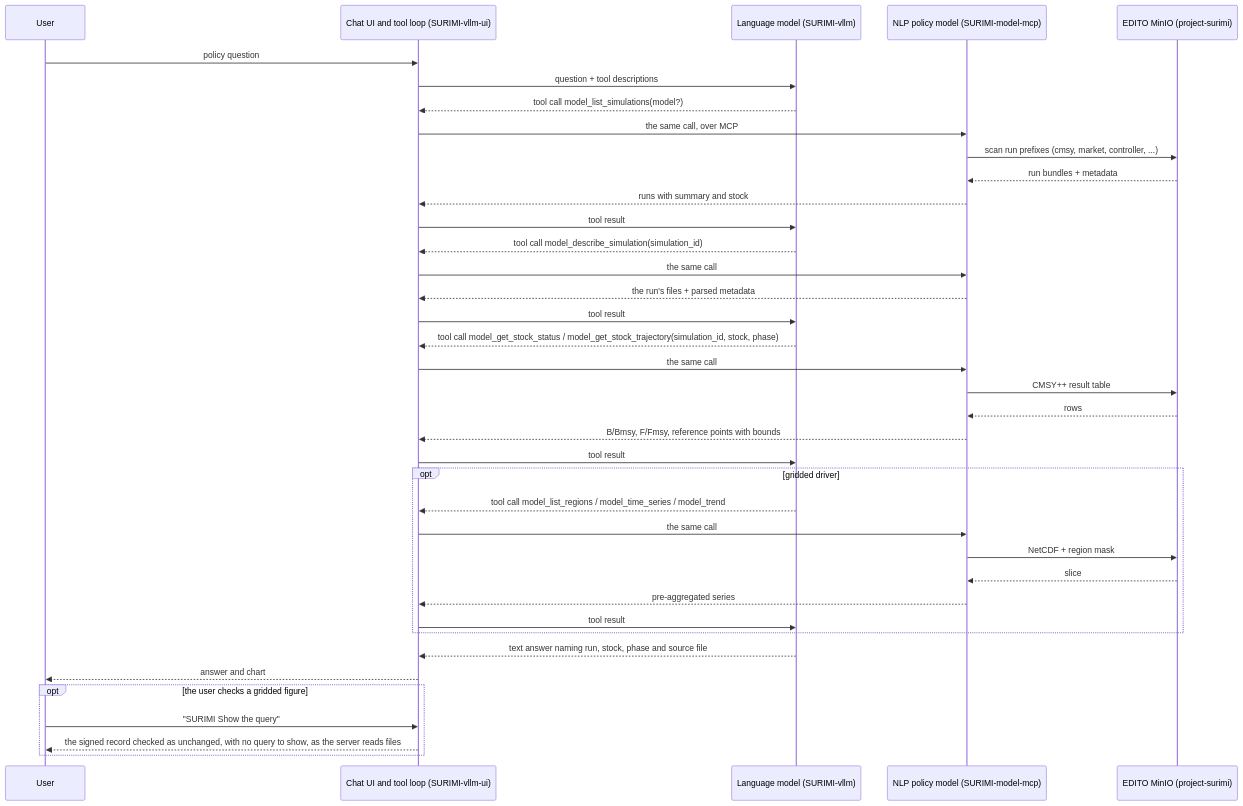
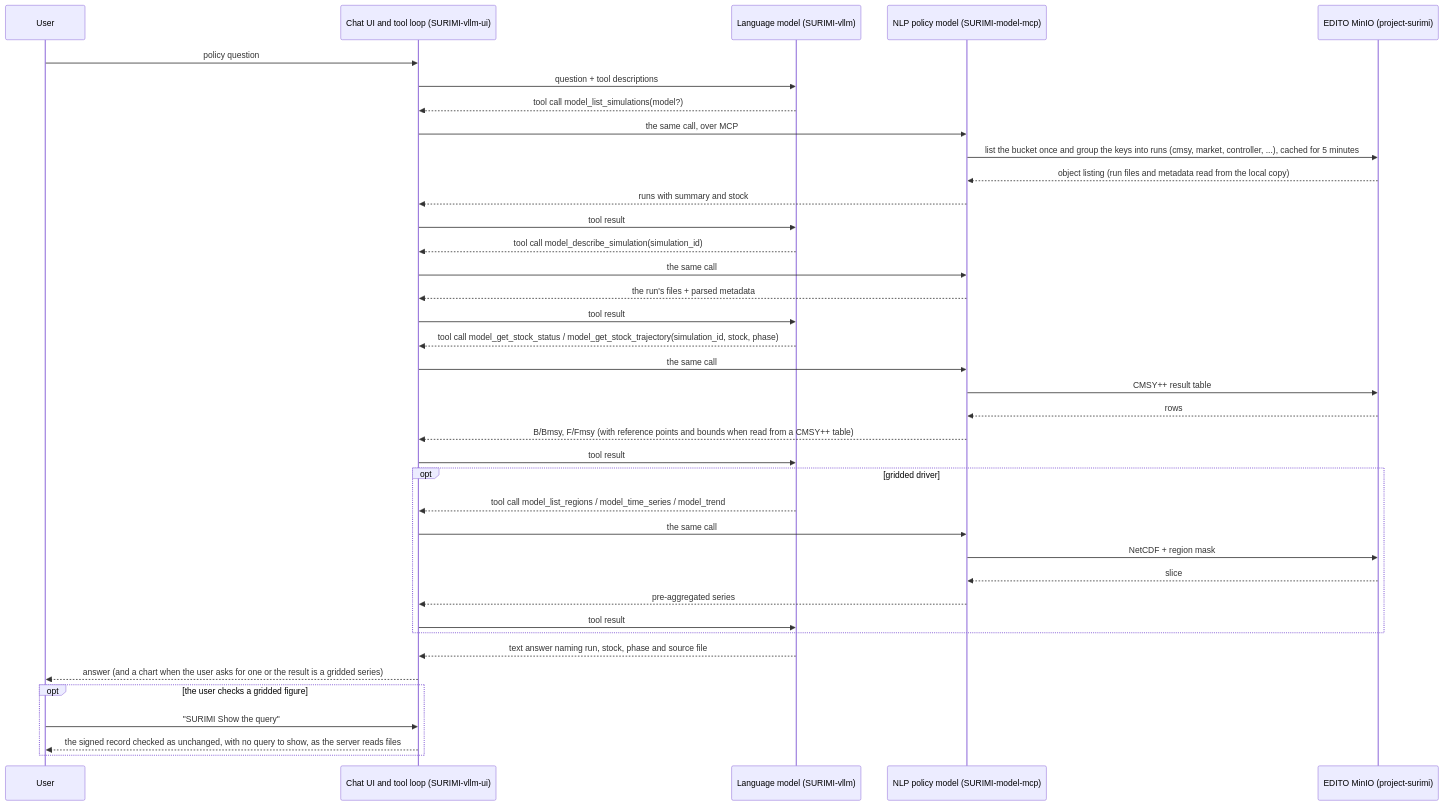
Before and after one commit to SURIMI-Project/SURIMI-project: the diagram in deliverables/D3.9 - NLP policy model/D3.9 - NLP policy model.md, drawn with Mermaid. The commit also changed other lines of this file and 3 other files, not shown here.

Commit message:
D3.7, D3.9: statements corrected against the code and the evaluation; numbers as re-graded on 2 October 2026; Figure 2 and Figure 3 up to date

````diff
--- a/deliverables/D3.9 - NLP policy model/D3.9 - NLP policy model.md
+++ b/deliverables/D3.9 - NLP policy model/D3.9 - NLP policy model.md
@@ -68,41 +68,41 @@
 ```mermaid
 sequenceDiagram
     participant User as User
     participant UI as Chat UI and tool loop (SURIMI-vllm-ui)
     participant LLM as Language model (SURIMI-vllm)
     participant MODEL as NLP policy model (SURIMI-model-mcp)
     participant S3 as EDITO MinIO (project-surimi)
 
     User ->> UI: policy question
     UI ->> LLM: question + tool descriptions
     LLM -->> UI: tool call model_list_simulations(model?)
     UI ->> MODEL: the same call, over MCP
-    MODEL ->> S3: scan run prefixes (cmsy, market, controller, ...)
-    S3 -->> MODEL: run bundles + metadata
+    MODEL ->> S3: list the bucket once and group the keys into runs (cmsy, market, controller, ...), cached for 5 minutes
+    S3 -->> MODEL: object listing (run files and metadata read from the local copy)
     MODEL -->> UI: runs with summary and stock
     UI ->> LLM: tool result
     LLM -->> UI: tool call model_describe_simulation(simulation_id)
     UI ->> MODEL: the same call
     MODEL -->> UI: the run's files + parsed metadata
     UI ->> LLM: tool result
     LLM -->> UI: tool call model_get_stock_status / model_get_stock_trajectory(simulation_id, stock, phase)
     UI ->> MODEL: the same call
     MODEL ->> S3: CMSY++ result table
     S3 -->> MODEL: rows
-    MODEL -->> UI: B/Bmsy, F/Fmsy, reference points with bounds
+    MODEL -->> UI: B/Bmsy, F/Fmsy (with reference points and bounds when read from a CMSY++ table)
     UI ->> LLM: tool result
     opt gridded driver
         LLM -->> UI: tool call model_list_regions / model_time_series / model_trend
         UI ->> MODEL: the same call
         MODEL ->> S3: NetCDF + region mask
         S3 -->> MODEL: slice
         MODEL -->> UI: pre-aggregated series
         UI ->> LLM: tool result
     end
     LLM -->> UI: text answer naming run, stock, phase and source file
-    UI -->> User: answer and chart
+    UI -->> User: answer (and a chart when the user asks for one or the result is a gridded series)
     opt the user checks a gridded figure
         User ->> UI: "SURIMI Show the query"
         UI -->> User: the signed record checked as unchanged, with no query to show, as the server reads files
     end
 ```
````
